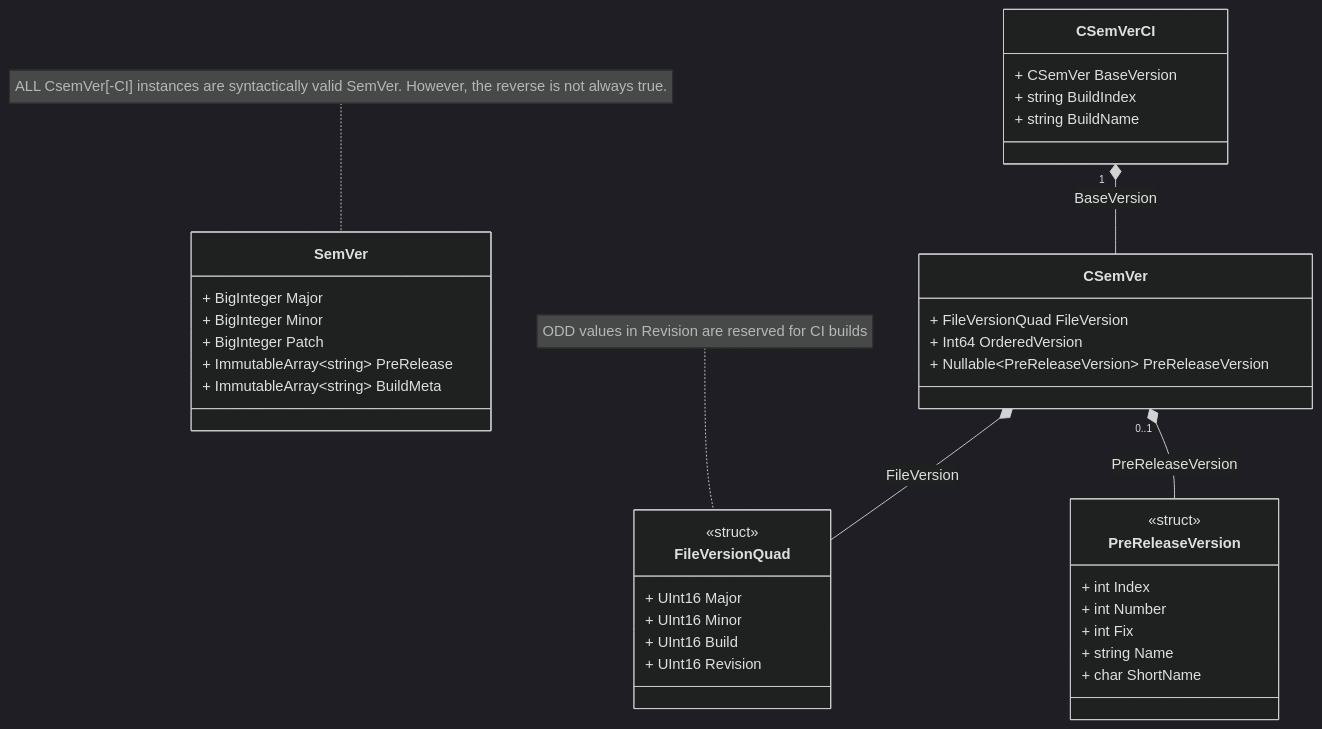
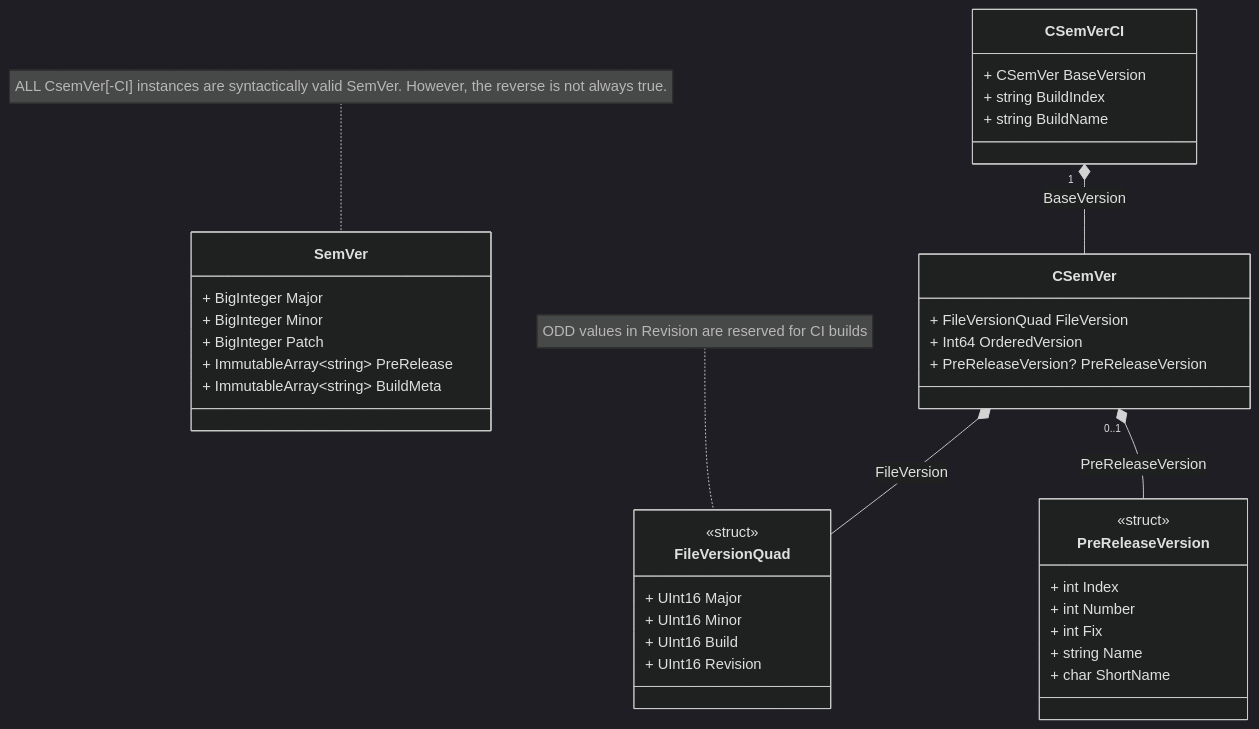
Before and after one commit to UbiquityDotNET/Ubiquity.NET.Versioning: the diagram in docfx/versioning-lib/namespaces/Ubiquit.NET.Versioning.md, drawn with Mermaid (dark theme). The commit also changed other lines of this file and 20 other files, not shown here.

````diff
--- a/docfx/versioning-lib/namespaces/Ubiquit.NET.Versioning.md
+++ b/docfx/versioning-lib/namespaces/Ubiquit.NET.Versioning.md
@@ -12,45 +12,45 @@
 ``` mermaid
 classDiagram
     note for SemVer "ALL CsemVer[-CI] instances are syntactically valid SemVer. However, the reverse is not always true."
     class SemVer {
         + BigInteger Major
         + BigInteger Minor
         + BigInteger Patch
         + ImmutableArray~string~ PreRelease
         + ImmutableArray~string~ BuildMeta
     }
 
     class CSemVer {
         + FileVersionQuad FileVersion
         + Int64 OrderedVersion
-        + Nullable~PreReleaseVersion~ PreReleaseVersion
+        + PreReleaseVersion? PreReleaseVersion
     }
 
     class CSemVerCI {
         + CSemVer BaseVersion
         + string BuildIndex
         + string BuildName
     }
 
     class PreReleaseVersion {
         + int Index
         + int Number
         + int Fix
         + string Name
         + char ShortName
     }
 
     note for FileVersionQuad "ODD values in Revision are reserved for CI builds"
     class FileVersionQuad {
         + UInt16 Major
         + UInt16 Minor
         + UInt16 Build
         + UInt16 Revision
     }
 
     <<struct>> FileVersionQuad
     <<struct>> PreReleaseVersion
     CSemVer *-- FileVersionQuad:FileVersion
     CSemVer "0..1" *-- PreReleaseVersion:PreReleaseVersion
     CSemVerCI "1" *-- CSemVer:BaseVersion
 ```
````
